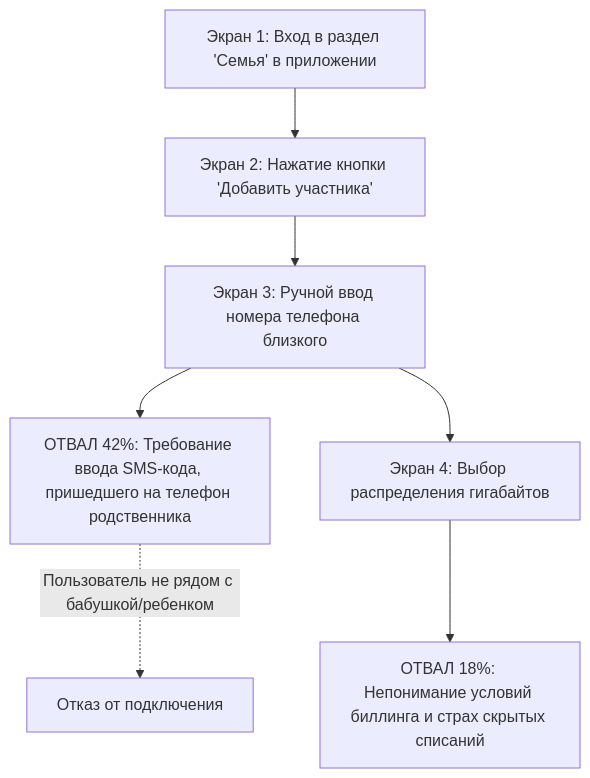
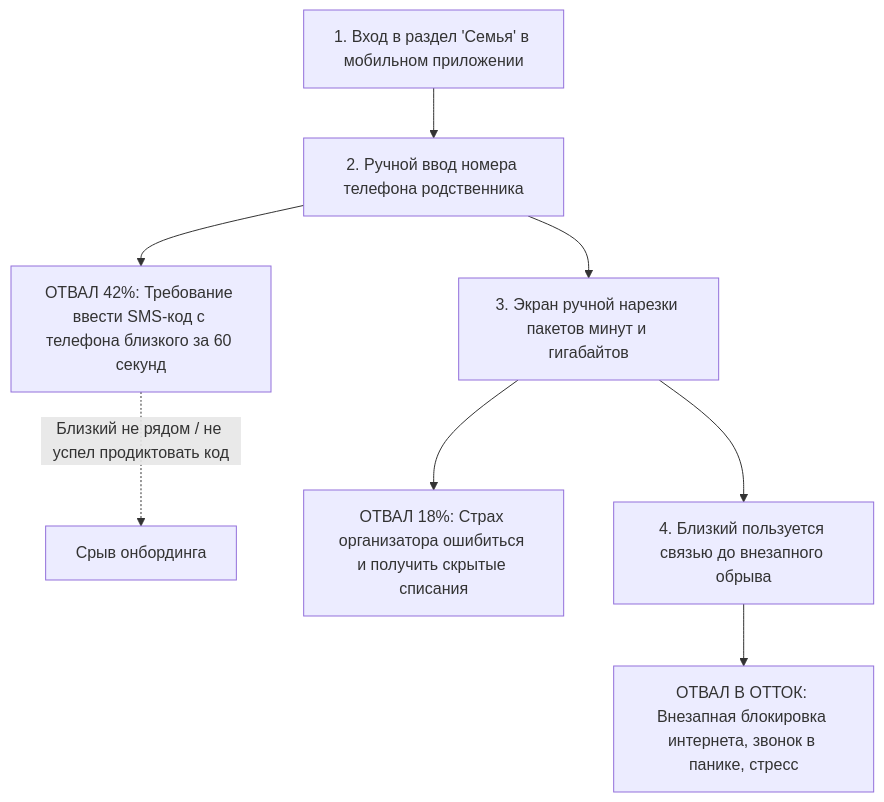
The first of 2 diagrams in knowledge/projects/demo-megafon/output/ux-journey.md (Nek1yZakhar/product-strategist-agent), drawn with Mermaid before and after one commit. The commit also changed other lines of this file and 21 other files, not shown here.

````diff
--- a/knowledge/projects/demo-megafon/output/ux-journey.md
+++ b/knowledge/projects/demo-megafon/output/ux-journey.md
@@ -12,9 +15,10 @@
 ```mermaid
 flowchart TD
-    Step1["Экран 1: Вход в раздел 'Семья' в приложении"] --> Step2["Экран 2: Нажатие кнопки 'Добавить участника'"]
-    Step2 --> Step3["Экран 3: Ручной ввод номера телефона близкого"]
-    Step3 --> Drop1["ОТВАЛ 42%: Требование ввода SMS-кода, пришедшего на телефон родственника"]
-    Drop1 -.->|"Пользователь не рядом с бабушкой/ребенком"| Abandon["Отказ от подключения"]
-    Step3 --> Step4["Экран 4: Выбор распределения гигабайтов"]
-    Step4 --> Drop2["ОТВАЛ 18%: Непонимание условий биллинга и страх скрытых списаний"]
+    Step1["1. Вход в раздел 'Семья' в мобильном приложении"] --> Step2["2. Ручной ввод номера телефона родственника"]
+    Step2 --> Drop1["ОТВАЛ 42%: Требование ввести SMS-код с телефона близкого за 60 секунд"]
+    Drop1 -.->|"Близкий не рядом / не успел продиктовать код"| Fail1["Срыв онбординга"]
+    Step2 --> Step3["3. Экран ручной нарезки пакетов минут и гигабайтов"]
+    Step3 --> Drop2["ОТВАЛ 18%: Страх организатора ошибиться и получить скрытые списания"]
+    Step3 --> Step4["4. Близкий пользуется связью до внезапного обрыва"]
+    Step4 --> Drop3["ОТВАЛ В ОТТОК: Внезапная блокировка интернета, звонок в панике, стресс"]
 ```
````
